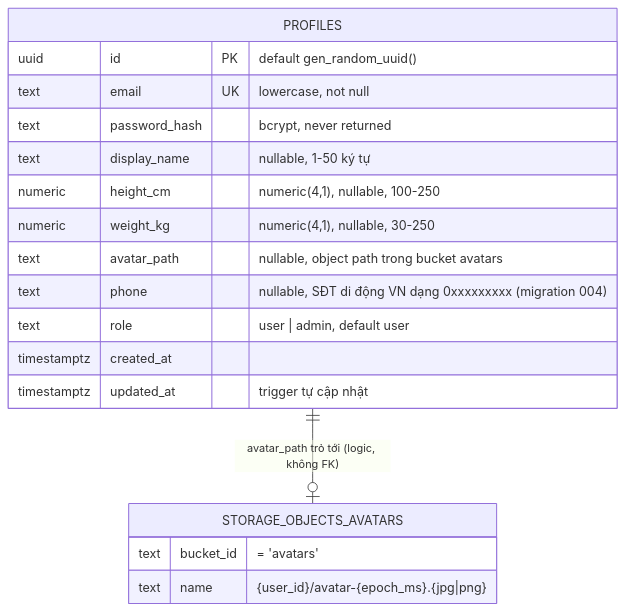
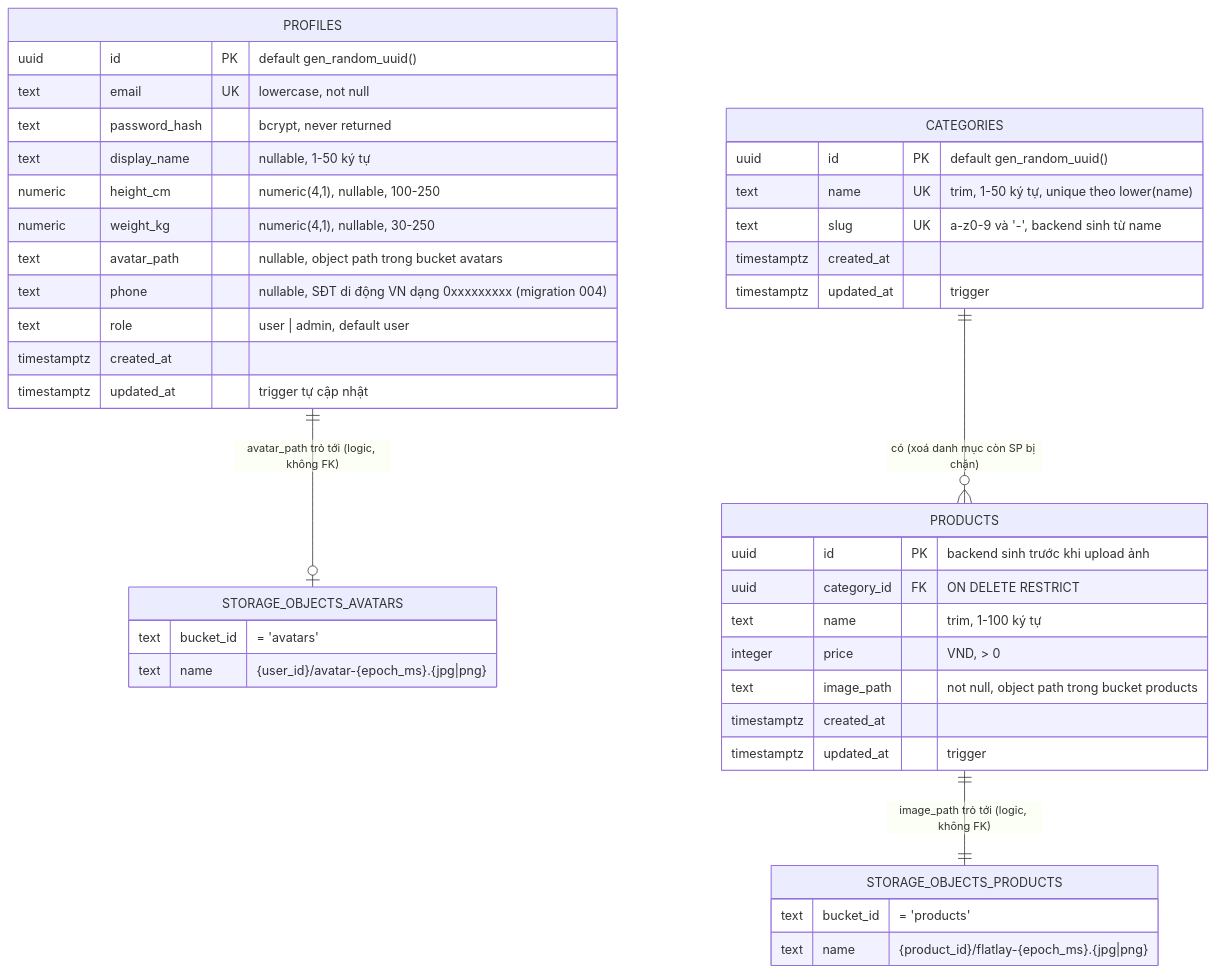
The diagram in design/database/schema.md (tqk3101/try-on), drawn with Mermaid before and after one commit. The commit also changed other lines of this file and 65 other files, not shown here.

First line of the commit message:
feat(US-03,US-04): Sprint 2 admin inventory — categories, products, buyer read API

````diff
--- a/design/database/schema.md
+++ b/design/database/schema.md
@@ -24,21 +27,44 @@
 ```mermaid
 erDiagram
     PROFILES {
         uuid id PK "default gen_random_uuid()"
         text email UK "lowercase, not null"
         text password_hash "bcrypt, never returned"
         text display_name "nullable, 1-50 ký tự"
         numeric height_cm "numeric(4,1), nullable, 100-250"
         numeric weight_kg "numeric(4,1), nullable, 30-250"
         text avatar_path "nullable, object path trong bucket avatars"
         text phone "nullable, SĐT di động VN dạng 0xxxxxxxxx (migration 004)"
         text role "user | admin, default user"
         timestamptz created_at
         timestamptz updated_at "trigger tự cập nhật"
     }
     STORAGE_OBJECTS_AVATARS {
         text bucket_id "= 'avatars'"
         text name "{user_id}/avatar-{epoch_ms}.{jpg|png}"
     }
     PROFILES ||--o| STORAGE_OBJECTS_AVATARS : "avatar_path trỏ tới (logic, không FK)"
+
+    CATEGORIES {
+        uuid id PK "default gen_random_uuid()"
+        text name UK "trim, 1-50 ký tự, unique theo lower(name)"
+        text slug UK "a-z0-9 và '-', backend sinh từ name"
+        timestamptz created_at
+        timestamptz updated_at "trigger"
+    }
+    PRODUCTS {
+        uuid id PK "backend sinh trước khi upload ảnh"
+        uuid category_id FK "ON DELETE RESTRICT"
+        text name "trim, 1-100 ký tự"
+        integer price "VND, > 0"
+        text image_path "not null, object path trong bucket products"
+        timestamptz created_at
+        timestamptz updated_at "trigger"
+    }
+    STORAGE_OBJECTS_PRODUCTS {
+        text bucket_id "= 'products'"
+        text name "{product_id}/flatlay-{epoch_ms}.{jpg|png}"
+    }
+    CATEGORIES ||--o{ PRODUCTS : "có (xoá danh mục còn SP bị chặn)"
+    PRODUCTS ||--|| STORAGE_OBJECTS_PRODUCTS : "image_path trỏ tới (logic, không FK)"
 ```
````
